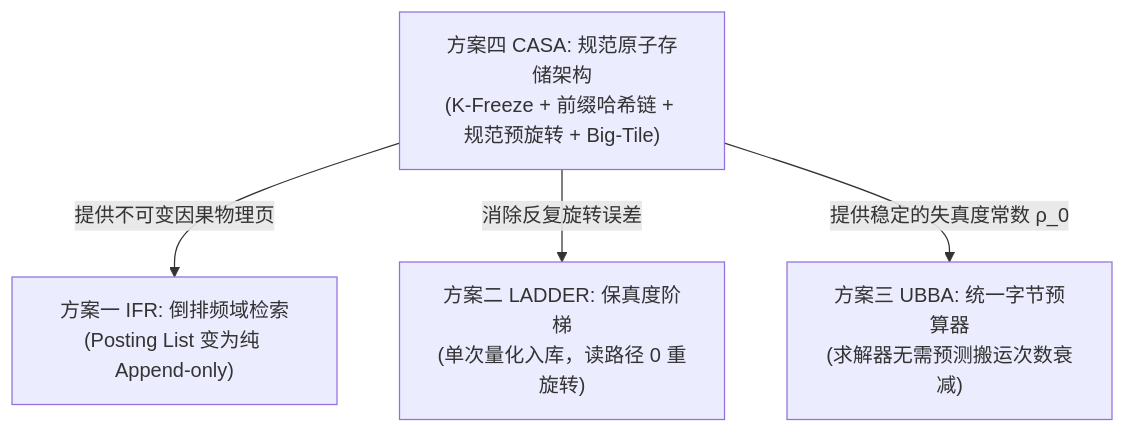
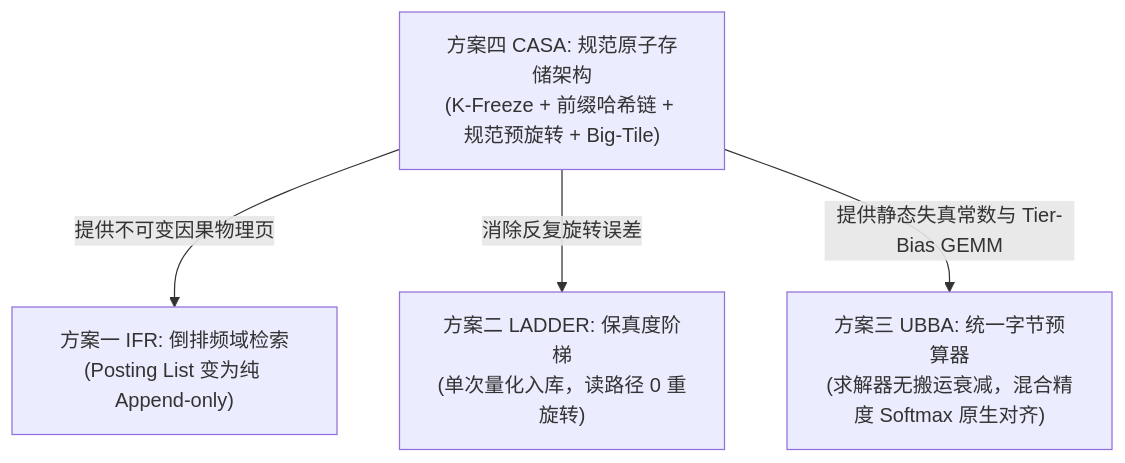
Before and after one commit to HairuoLiu/kvmem-strata-fusion: the fourth of 4 diagrams in plan-04-casa/research-report.md, drawn with Mermaid. The commit also changed other lines of this file and 15 other files, not shown here.

````diff
--- a/plan-04-casa/research-report.md
+++ b/plan-04-casa/research-report.md
@@ -205,8 +218,8 @@
 ```mermaid
 flowchart TD
     CASA["方案四 CASA: 规范原子存储架构<br>(K-Freeze + 前缀哈希链 + 规范预旋转 + Big-Tile)"]
     
     CASA -->|提供不可变因果物理页| IFR["方案一 IFR: 倒排频域检索<br>(Posting List 变为纯 Append-only)"]
     CASA -->|消除反复旋转误差| LADDER["方案二 LADDER: 保真度阶梯<br>(单次量化入库，读路径 0 重旋转)"]
-    CASA -->|提供稳定的失真度常数 ρ_0| UBBA["方案三 UBBA: 统一字节预算器<br>(求解器无需预测搬运次数衰减)"]
+    CASA -->|提供静态失真常数与 Tier-Bias GEMM| UBBA["方案三 UBBA: 统一字节预算器<br>(求解器无搬运衰减，混合精度 Softmax 原生对齐)"]
 ```
````
